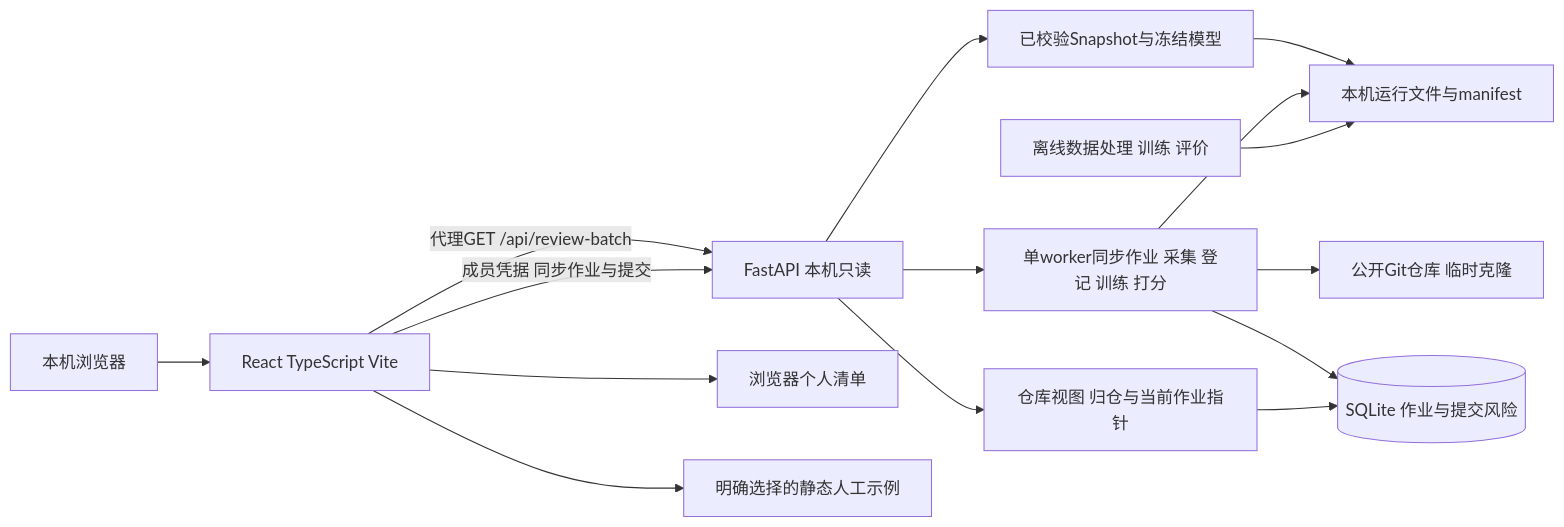
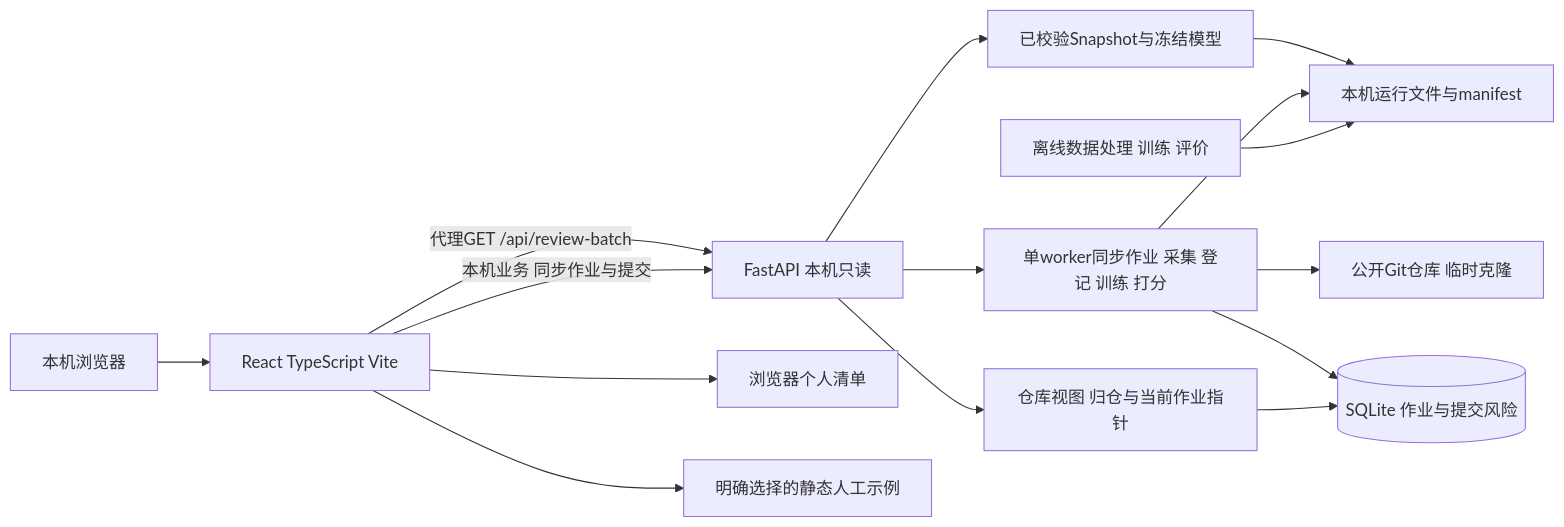
The first of 6 diagrams in docs/产品设计文档.md (Sahier-hao/JIT), drawn with Mermaid before and after one commit. The commit also changed other lines of this file and 22 other files, not shown here.

````diff
--- a/docs/产品设计文档.md
+++ b/docs/产品设计文档.md
@@ -61,17 +61,17 @@
 ```mermaid
 flowchart LR
     B[本机浏览器] --> UI[React TypeScript Vite]
     UI -->|代理GET /api/review-batch| API[FastAPI 本机只读]
-    UI -->|成员凭据 同步作业与提交| API
+    UI -->|本机业务 同步作业与提交| API
     API --> SNAP[已校验Snapshot与冻结模型]
     SNAP --> ART[本机运行文件与manifest]
     API --> SYNC[单worker同步作业 采集 登记 训练 打分]
     SYNC --> GIT[公开Git仓库 临时克隆]
     SYNC --> ART
     SYNC --> DB[(SQLite 作业与提交风险)]
     API --> REPO[仓库视图 归仓与当前作业指针]
     REPO --> DB
     CLI[离线数据处理 训练 评价] --> ART
     UI --> LOCAL[浏览器个人清单]
     UI --> DEMO[明确选择的静态人工示例]
 ```
````
